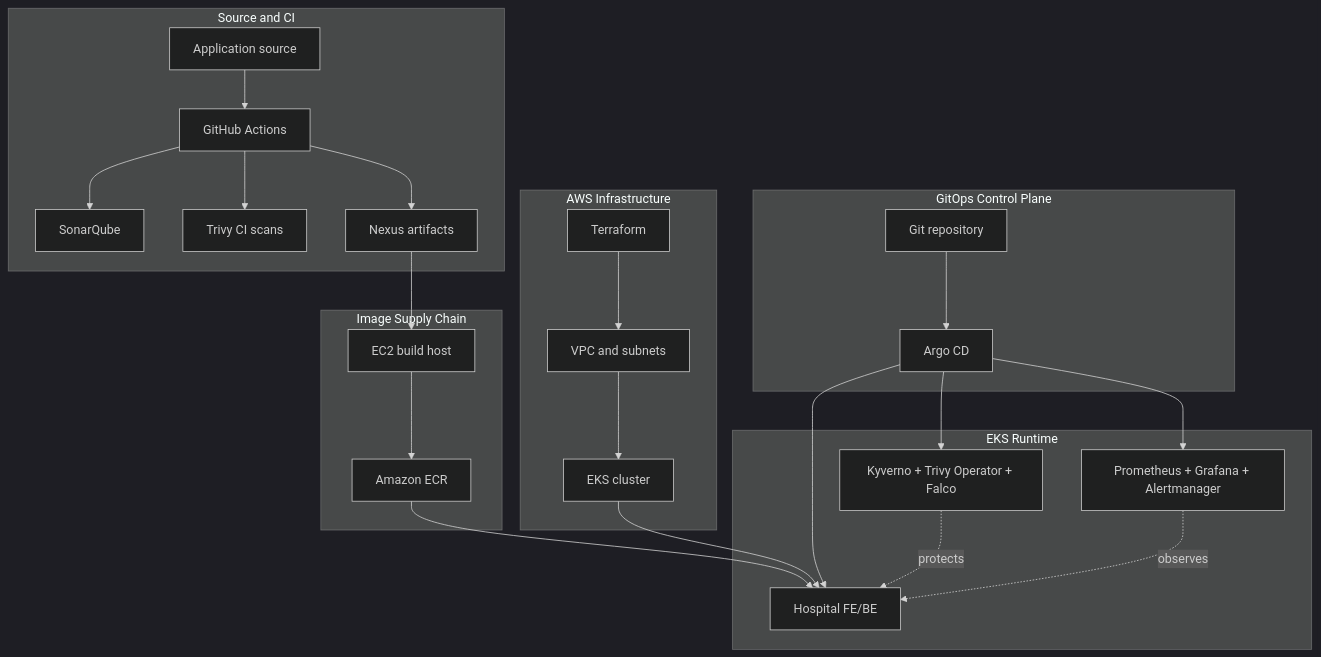
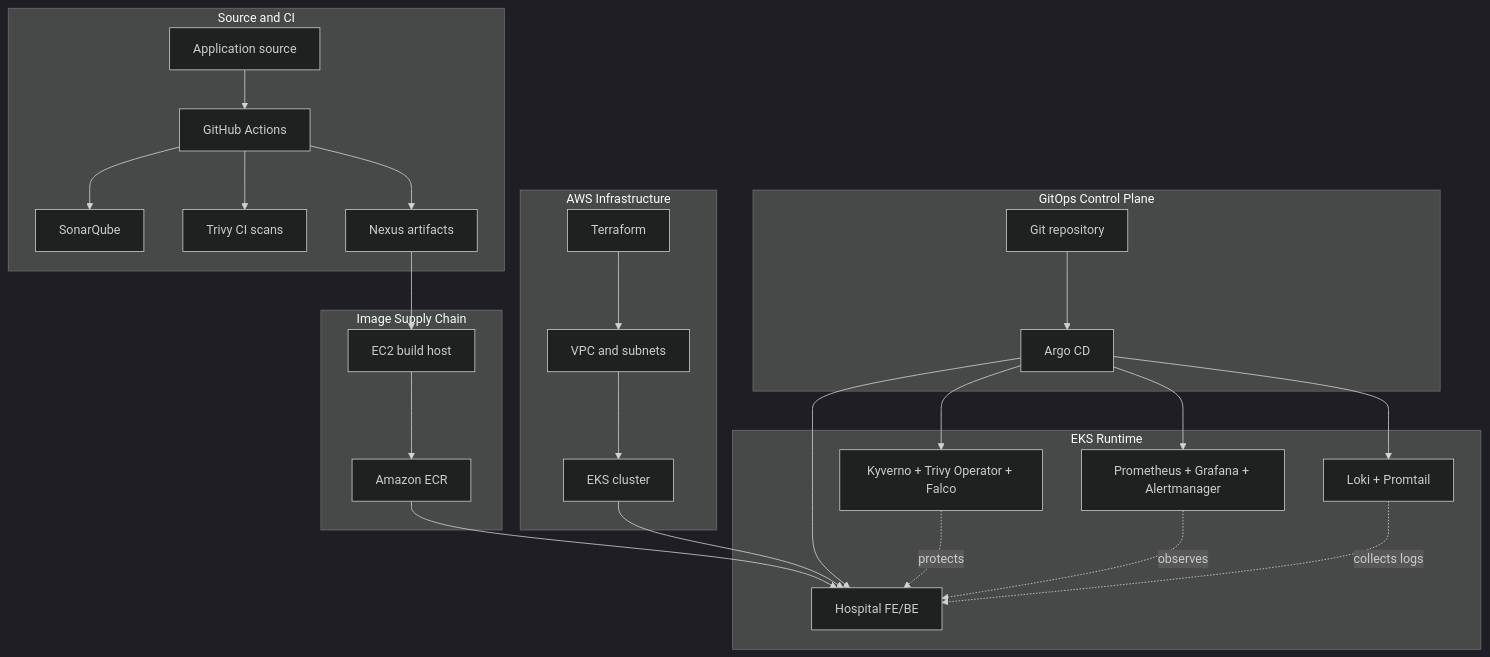
Before and after one commit to the-khiem7/eks-cicd-argocd-sec-monitor: the second of 3 diagrams in README.md, drawn with Mermaid (dark theme). The commit also changed other lines of this file and 12 other files, not shown here.

````diff
--- a/README.md
+++ b/README.md
@@ -107,49 +114,52 @@
 ```mermaid
 flowchart TB
   subgraph Source[Source and CI]
     code[Application source]
     gha[GitHub Actions]
     sonar[SonarQube]
     trivyci[Trivy CI scans]
     nexus[Nexus artifacts]
     code --> gha
     gha --> sonar
     gha --> trivyci
     gha --> nexus
   end
 
   subgraph Build[Image Supply Chain]
     ec2[EC2 build host]
     ecr[Amazon ECR]
     nexus --> ec2
     ec2 --> ecr
   end
 
   subgraph Infra[AWS Infrastructure]
     tf[Terraform]
     vpc[VPC and subnets]
     eks[EKS cluster]
     tf --> vpc
     vpc --> eks
   end
 
   subgraph GitOps[GitOps Control Plane]
     git[Git repository]
     argo[Argo CD]
     git --> argo
   end
 
   subgraph Runtime[EKS Runtime]
     app[Hospital FE/BE]
     sec[Kyverno + Trivy Operator + Falco]
     mon[Prometheus + Grafana + Alertmanager]
+    log[Loki + Promtail]
   end
 
   ecr --> app
   eks --> app
   argo --> app
   argo --> sec
   argo --> mon
+  argo --> log
   sec -. protects .-> app
   mon -. observes .-> app
+  log -. collects logs .-> app
 ```
````
